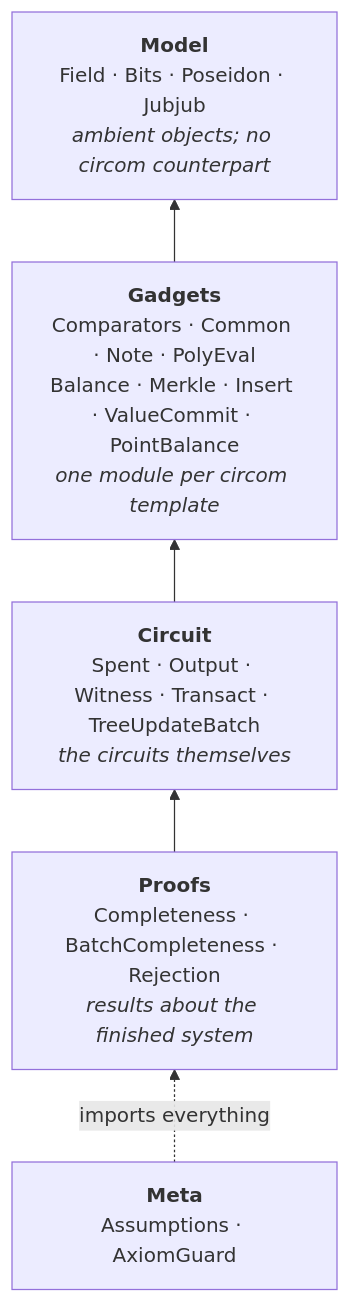
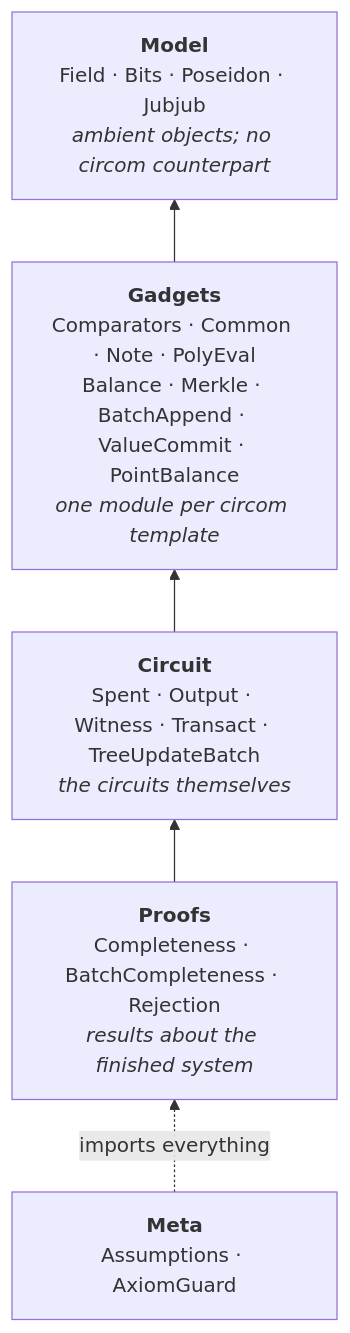
Before and after one commit to lelantos-org/circuits: the third of 3 diagrams in lean/README.md, drawn with Mermaid. The commit also changed other lines of this file and 41 other files, not shown here.

````diff
--- a/lean/README.md
+++ b/lean/README.md
@@ -450,13 +461,13 @@
 ```mermaid
 flowchart BT
     MODEL["<b>Model</b><br/>Field · Bits · Poseidon · Jubjub<br/><i>ambient objects; no circom counterpart</i>"]
-    GADGETS["<b>Gadgets</b><br/>Comparators · Common · Note · PolyEval<br/>Balance · Merkle · Insert · ValueCommit · PointBalance<br/><i>one module per circom template</i>"]
+    GADGETS["<b>Gadgets</b><br/>Comparators · Common · Note · PolyEval<br/>Balance · Merkle · BatchAppend · ValueCommit · PointBalance<br/><i>one module per circom template</i>"]
     CIRCUIT["<b>Circuit</b><br/>Spent · Output · Witness · Transact · TreeUpdateBatch<br/><i>the circuits themselves</i>"]
     PROOFS["<b>Proofs</b><br/>Completeness · BatchCompleteness · Rejection<br/><i>results about the finished system</i>"]
     META["<b>Meta</b><br/>Assumptions · AxiomGuard"]
 
     GADGETS --> MODEL
     CIRCUIT --> GADGETS
     PROOFS --> CIRCUIT
     META -.->|imports everything| PROOFS
 ```
````
